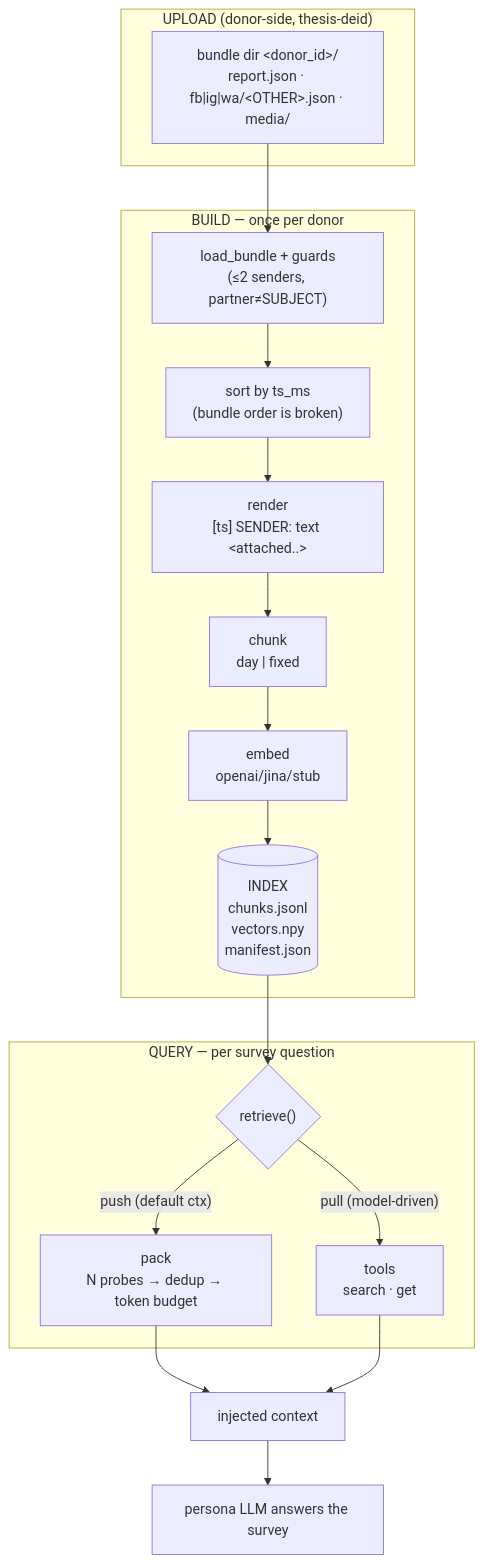
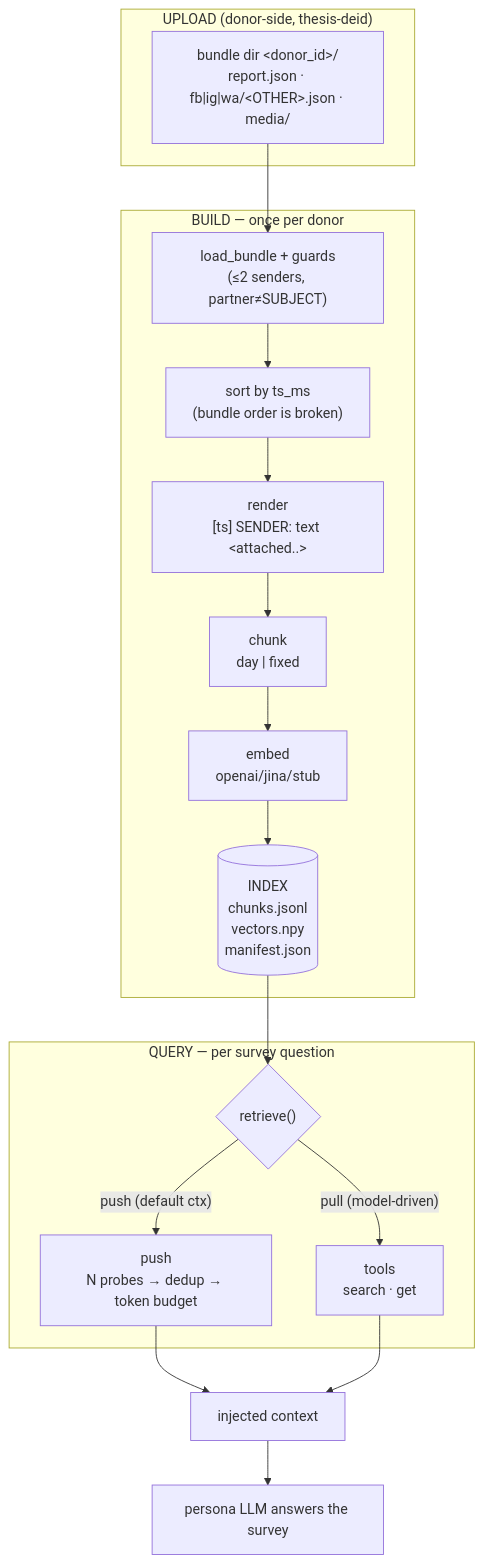
The diagram in retrieval/SPEC.md (elto21ab/THESIS), drawn with Mermaid before and after one commit. The commit also changed other lines of this file and 4 other files, not shown here.

````diff
--- a/retrieval/SPEC.md
+++ b/retrieval/SPEC.md
@@ -12,18 +12,18 @@
 ```mermaid
 flowchart TD
   subgraph U["UPLOAD (donor-side, thesis-deid)"]
     B["bundle dir &lt;donor_id&gt;/<br/>report.json · fb|ig|wa/&lt;OTHER&gt;.json · media/"]
   end
   subgraph BD["BUILD — once per donor"]
     L["load_bundle + guards<br/>(≤2 senders, partner≠SUBJECT)"] --> SO["sort by ts_ms<br/>(bundle order is broken)"] --> RE["render<br/>[ts] SENDER: text &lt;attached..&gt;"] --> CH["chunk<br/>day | fixed"] --> EM["embed<br/>openai/jina/stub"] --> IX[("INDEX<br/>chunks.jsonl<br/>vectors.npy<br/>manifest.json")]
   end
   B --> L
   IX --> RQ
   subgraph Q["QUERY — per survey question"]
-    RQ{"retrieve()"} -->|"push (default ctx)"| PK["pack<br/>N probes → dedup → token budget"]
+    RQ{"retrieve()"} -->|"push (default ctx)"| PK["push<br/>N probes → dedup → token budget"]
     RQ -->|"pull (model-driven)"| TL["tools<br/>search · get"]
   end
   PK --> CTX["injected context"]
   TL --> CTX
   CTX --> LLM["persona LLM answers the survey"]
 ```
````
